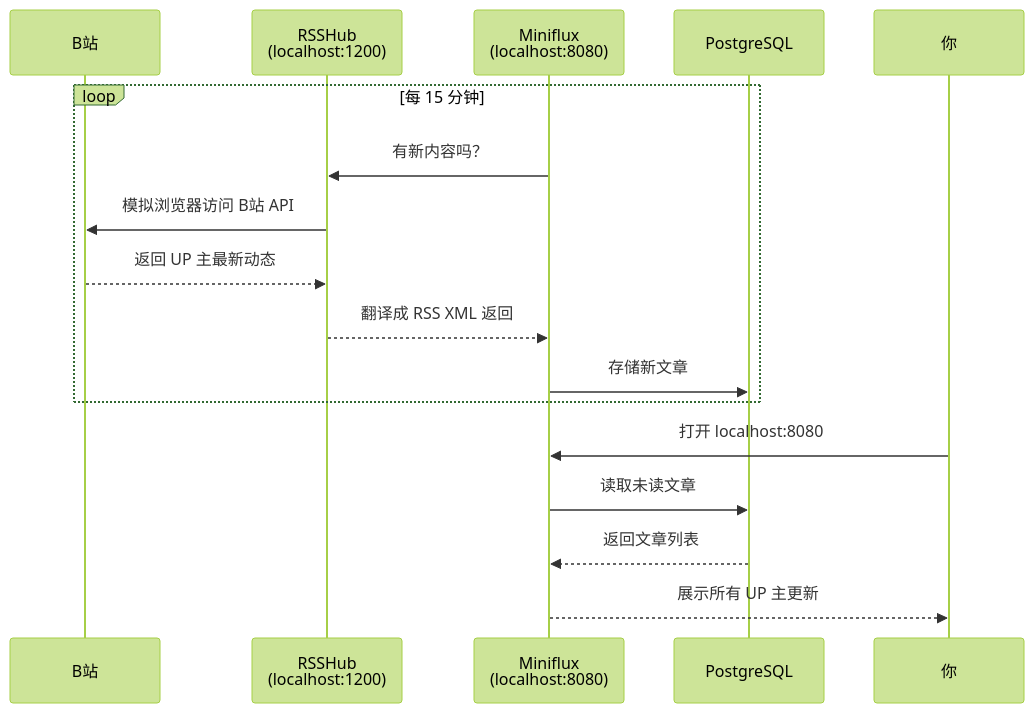
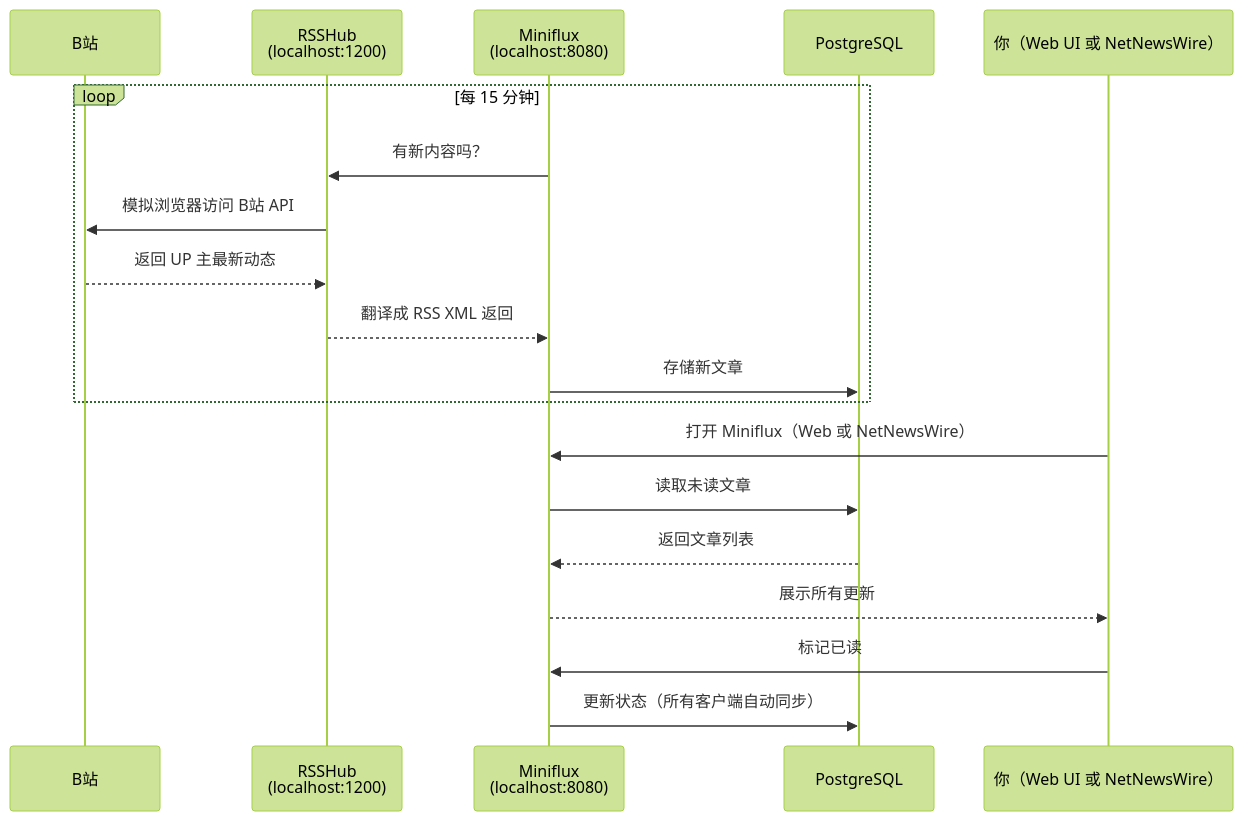
One commit to parle-ai/rss-feed-hub changed the fifth of 5 diagrams in docs/how-it-works.md. Above: the diagram before and after it, drawn with Mermaid (forest theme). The commit also changed other lines of this file, not shown here.

Commit message:
docs: add NetNewsWire section to how-it-works guide

````diff
--- a/docs/how-it-works.md
+++ b/docs/how-it-works.md
@@ -80,21 +106,23 @@
 ```mermaid
 sequenceDiagram
     participant B as B站
     participant R as RSSHub<br/>(localhost:1200)
     participant M as Miniflux<br/>(localhost:8080)
     participant DB as PostgreSQL
-    participant U as 你
+    participant U as 你（Web UI 或 NetNewsWire）
 
     loop 每 15 分钟
         M->>R: 有新内容吗？
         R->>B: 模拟浏览器访问 B站 API
         B-->>R: 返回 UP 主最新动态
         R-->>M: 翻译成 RSS XML 返回
         M->>DB: 存储新文章
     end
 
-    U->>M: 打开 localhost:8080
+    U->>M: 打开 Miniflux（Web 或 NetNewsWire）
     M->>DB: 读取未读文章
     DB-->>M: 返回文章列表
-    M-->>U: 展示所有 UP 主更新
+    M-->>U: 展示所有更新
+    U->>M: 标记已读
+    M->>DB: 更新状态（所有客户端自动同步）
 ```
````
